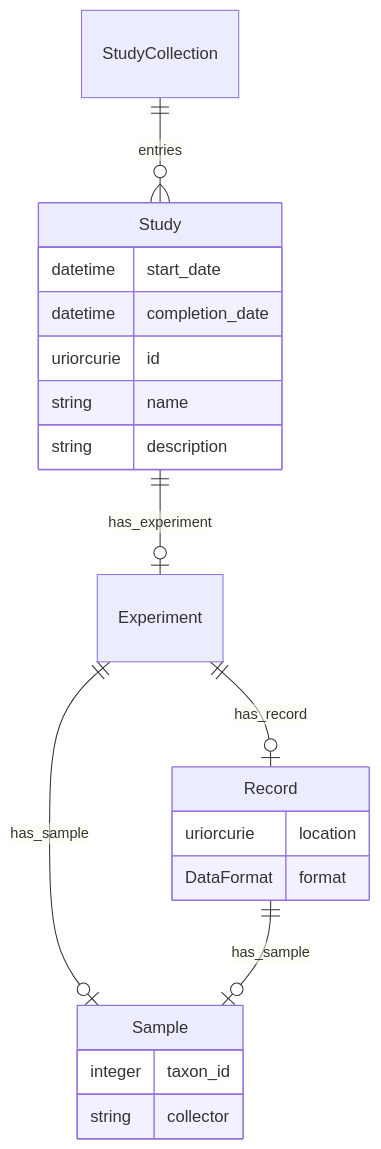
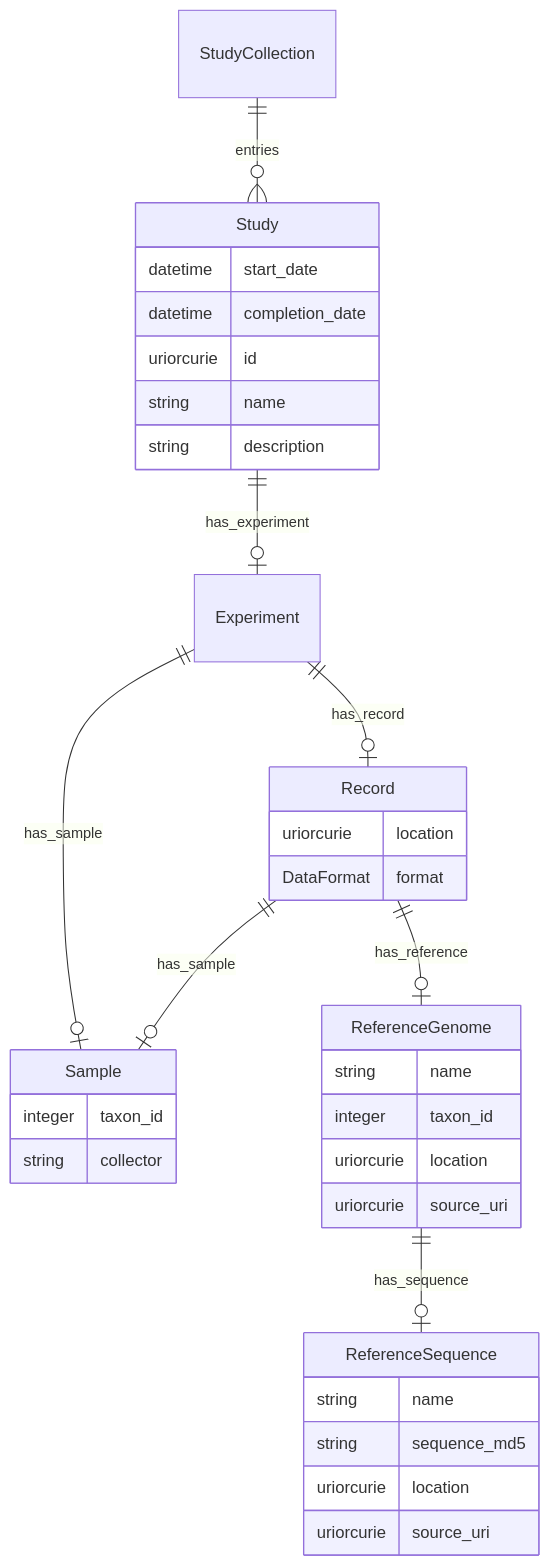
One commit to sdsc-ordes/smoc-schema changed the diagram in README.md. Above: the diagram before and after it, drawn with Mermaid. The commit also changed 1 other file, not shown here.

Commit message:
docs(readme): update ER diagram

````diff
--- a/README.md
+++ b/README.md
@@ -5,30 +5,44 @@
 ```mermaid
 erDiagram
 StudyCollection {
 
 }
 Study {
-    datetime start_date  
-    datetime completion_date  
-    uriorcurie id  
-    string name  
-    string description  
+    datetime start_date
+    datetime completion_date
+    uriorcurie id
+    string name
+    string description
 }
 Experiment {
 
 }
 Record {
-    uriorcurie location  
-    DataFormat format  
+    uriorcurie location
+    DataFormat format
+}
+ReferenceGenome {
+    string name
+    integer taxon_id
+    uriorcurie location
+    uriorcurie source_uri
+}
+ReferenceSequence {
+    string name
+    string sequence_md5
+    uriorcurie location
+    uriorcurie source_uri
 }
 Sample {
-    integer taxon_id  
-    string collector  
+    integer taxon_id
+    string collector
 }
 
 StudyCollection ||--}o Study : "entries"
 Study ||--|o Experiment : "has_experiment"
 Experiment ||--|o Sample : "has_sample"
 Experiment ||--|o Record : "has_record"
 Record ||--|o Sample : "has_sample"
+Record ||--|o ReferenceGenome : "has_reference"
+ReferenceGenome ||--|o ReferenceSequence : "has_sequence"
 ```
````
